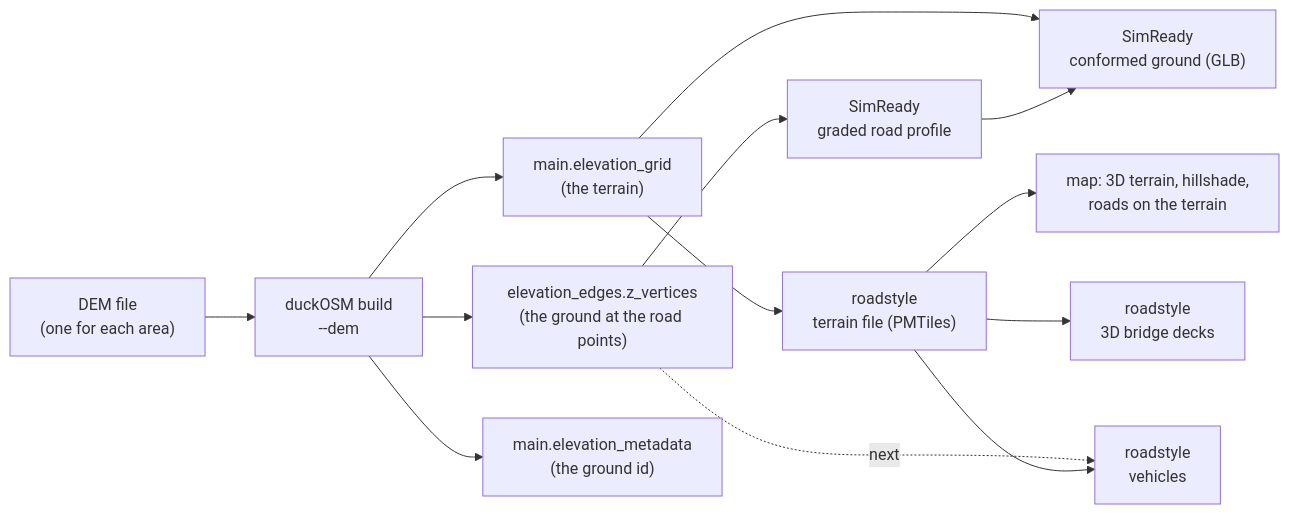
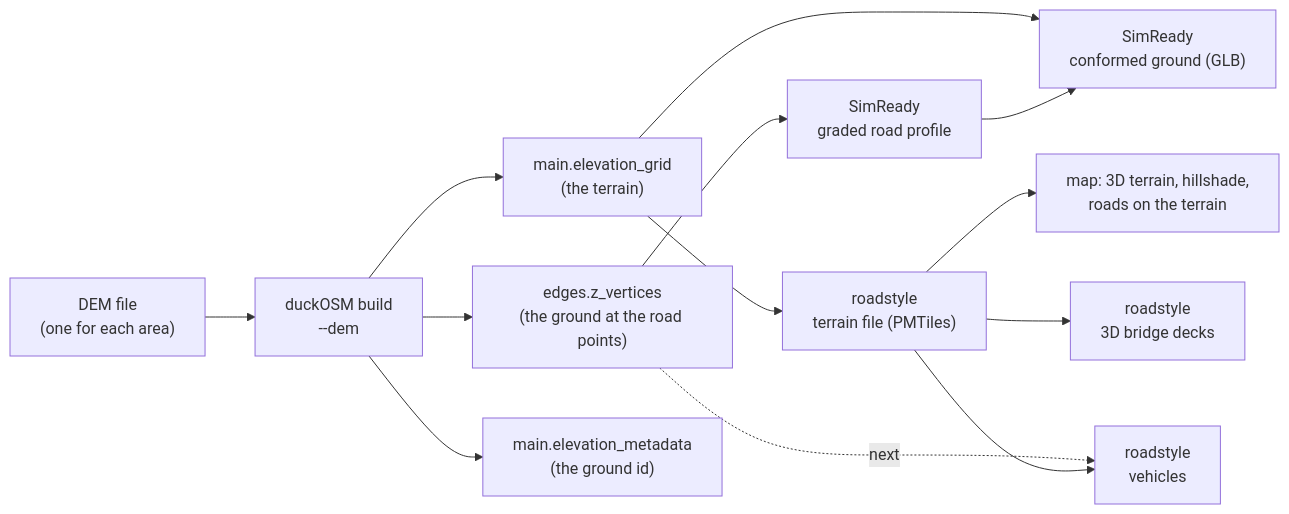
Before and after one commit to Khoshkhah/duckOSM: the diagram in docs/concepts/terrain.md, drawn with Mermaid. The commit also changed other lines of this file, not shown here.

First line of the commit message:
Docs: the heights are columns of nodes and edges in both builds

````diff
--- a/docs/concepts/terrain.md
+++ b/docs/concepts/terrain.md
@@ -44,15 +46,15 @@
 ```mermaid
 flowchart LR
   DEM["DEM file<br/>(one for each area)"] --> B["duckOSM build<br/>--dem"]
   B --> G["main.elevation_grid<br/>(the terrain)"]
-  B --> Z["elevation_edges.z_vertices<br/>(the ground at the road points)"]
+  B --> Z["edges.z_vertices<br/>(the ground at the road points)"]
   B --> M["main.elevation_metadata<br/>(the ground id)"]
   Z --> SP["SimReady<br/>graded road profile"]
   G --> SC["SimReady<br/>conformed ground (GLB)"]
   SP --> SC
   G --> T["roadstyle<br/>terrain file (PMTiles)"]
   T --> MAP["map: 3D terrain, hillshade,<br/>roads on the terrain"]
   T --> D["roadstyle<br/>3D bridge decks"]
   Z -.->|next| V["roadstyle<br/>vehicles"]
   T --> V
 ```
````
